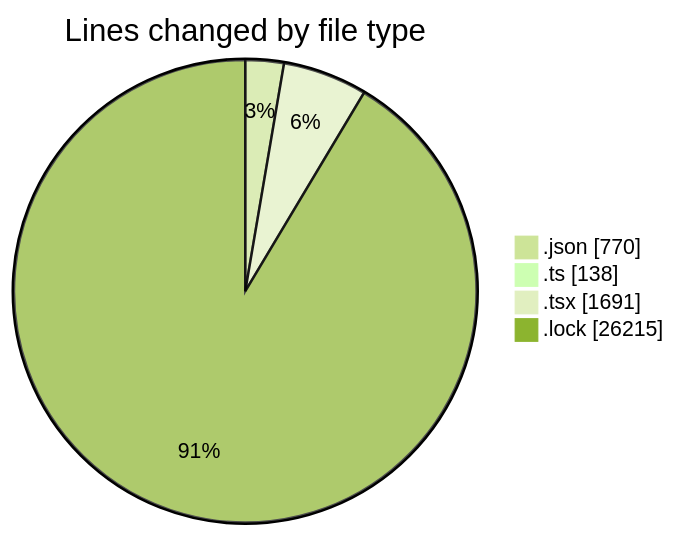
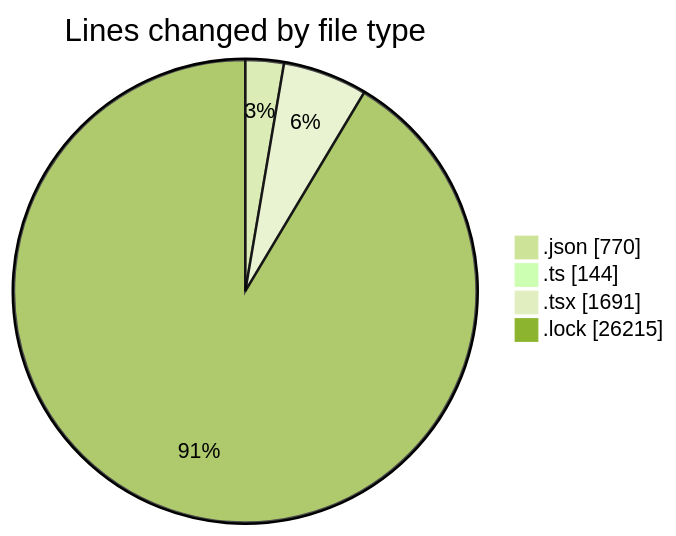
One commit to momahboobian/code-tracking changed the first of 2 diagrams in 2025-05-07/cda/README.md. Above: the diagram before and after it, drawn with Mermaid (forest theme). The commit also changed other lines of this file and 1 other file, not shown here.

````diff
--- a/2025-05-07/cda/README.md
+++ b/2025-05-07/cda/README.md
@@ -46,8 +47,8 @@
 ```mermaid
 pie showData
 title Lines changed by file type
 ".json" : 770
-".ts" : 138
+".ts" : 144
 ".tsx" : 1691
 ".lock" : 26215
 ```
````
